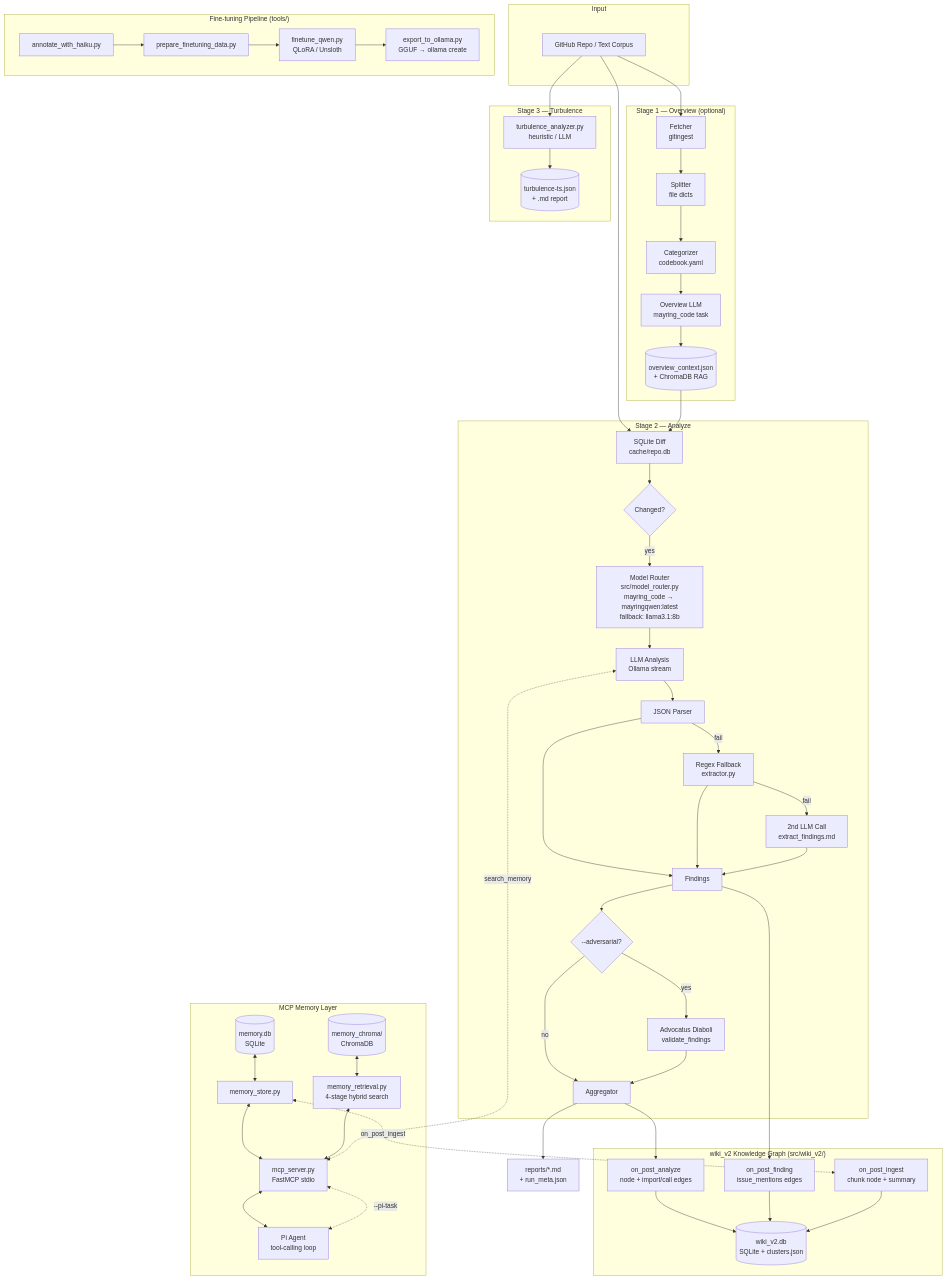
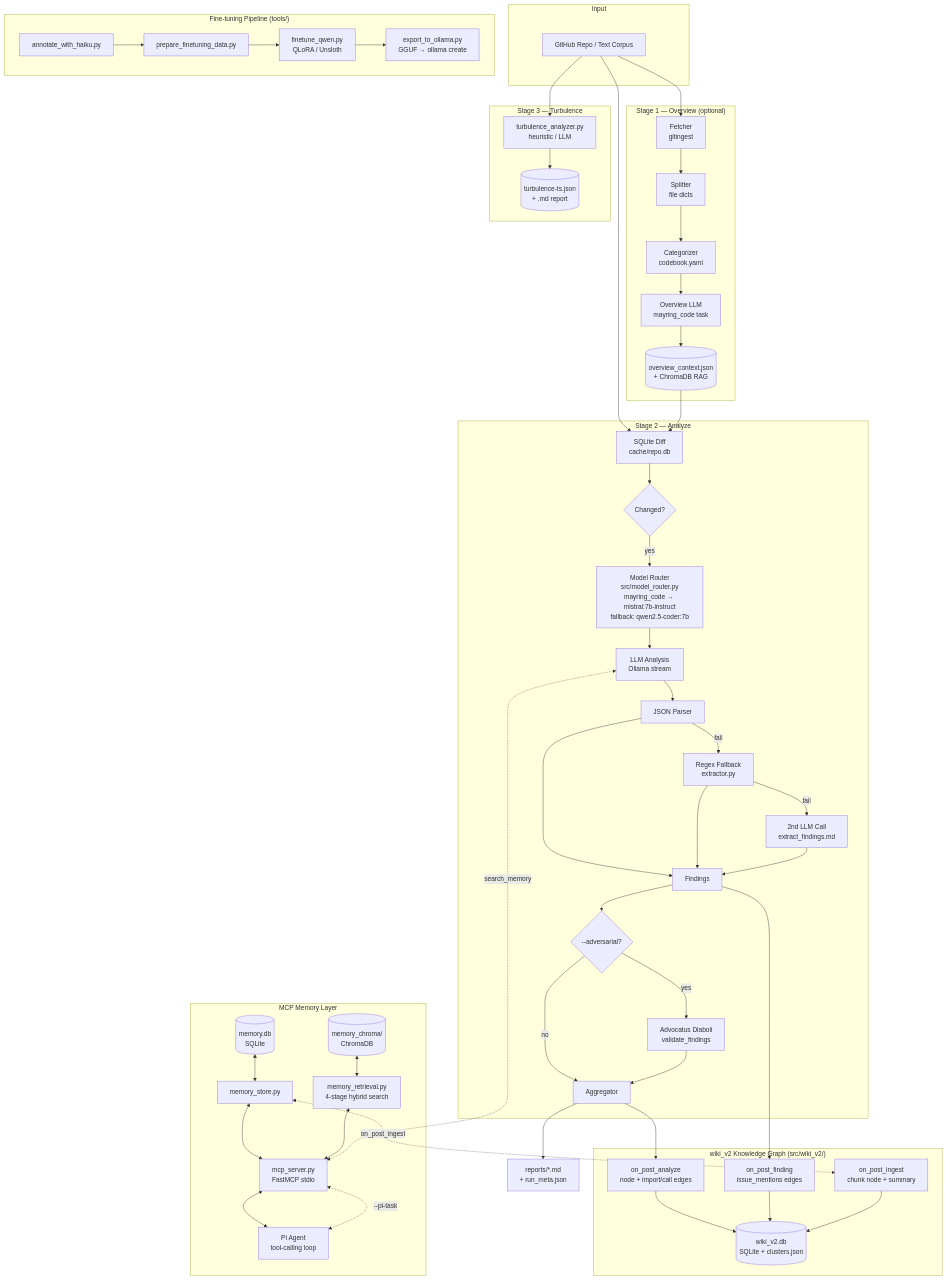
Before and after one commit to Nileneb/MayringCoder: the first of 2 diagrams in README.md, drawn with Mermaid. The commit also changed other lines of this file and 7 other files, not shown here.

First line of the commit message:
fix(models): drop references to non-existent mayring-qwen3:2b / mayringqwen:latest (#121)

````diff
--- a/README.md
+++ b/README.md
@@ -29,63 +29,63 @@
 ```mermaid
 flowchart TD
     subgraph Input
         A[GitHub Repo / Text Corpus]
     end
 
     subgraph Stage1["Stage 1 — Overview (optional)"]
         B[Fetcher\ngitingest] --> C[Splitter\nfile dicts]
         C --> D[Categorizer\ncodebook.yaml]
         D --> E[Overview LLM\nmayring_code task]
         E --> F[(overview_context.json\n+ ChromaDB RAG)]
     end
 
     subgraph Stage2["Stage 2 — Analyze"]
         G[SQLite Diff\ncache/repo.db] --> H{Changed?}
-        H -- yes --> MR["Model Router\nsrc/model_router.py\nmayring_code → mayringqwen:latest\nfallback: llama3.1:8b"]
+        H -- yes --> MR["Model Router\nsrc/model_router.py\nmayring_code → mistral:7b-instruct\nfallback: qwen2.5-coder:7b"]
         MR --> I[LLM Analysis\nOllama stream]
         I --> J[JSON Parser]
         J -- fail --> K[Regex Fallback\nextractor.py]
         K -- fail --> L[2nd LLM Call\nextract_findings.md]
         J & K & L --> M[Findings]
         M --> N{--adversarial?}
         N -- yes --> O[Advocatus Diaboli\nvalidate_findings]
         N -- no --> P[Aggregator]
         O --> P
     end
 
     subgraph Stage3["Stage 3 — Turbulence"]
         Q[turbulence_analyzer.py\nheuristic / LLM]
         Q --> R[(turbulence-ts.json\n+ .md report)]
     end
 
     subgraph WikiGraph["wiki_v2 Knowledge Graph (src/wiki_v2/)"]
         WH1[on_post_analyze\nnode + import/call edges]
         WH2[on_post_finding\nissue_mentions edges]
         WH3[on_post_ingest\nchunk node + summary]
         WH1 & WH2 & WH3 --> WikiDB[(wiki_v2.db\nSQLite + clusters.json)]
     end
 
     subgraph Memory["MCP Memory Layer"]
         S[(memory.db\nSQLite)] <--> T[memory_store.py]
         U[(memory_chroma/\nChromaDB)] <--> V[memory_retrieval.py\n4-stage hybrid search]
         T & V <--> W[mcp_server.py\nFastMCP stdio]
         W <--> X[Pi Agent\ntool-calling loop]
     end
 
     subgraph Finetuning["Fine-tuning Pipeline (tools/)"]
         Y[annotate_with_haiku.py] --> Z[prepare_finetuning_data.py]
         Z --> AA[finetune_qwen.py\nQLoRA / Unsloth]
         AA --> AB[export_to_ollama.py\nGGUF → ollama create]
     end
 
     A --> B
     A --> G
     F --> G
     M --> WH2
     P --> WH1
     P --> Report[reports/*.md\n+ run_meta.json]
     A --> Q
     I <-.->|search_memory| W
     X <-.->|--pi-task| W
     T <-.->|on_post_ingest| WH3
 ```
````
